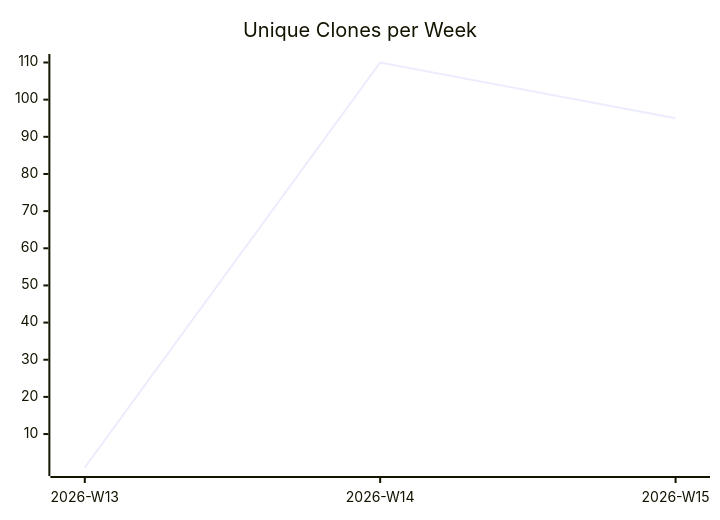
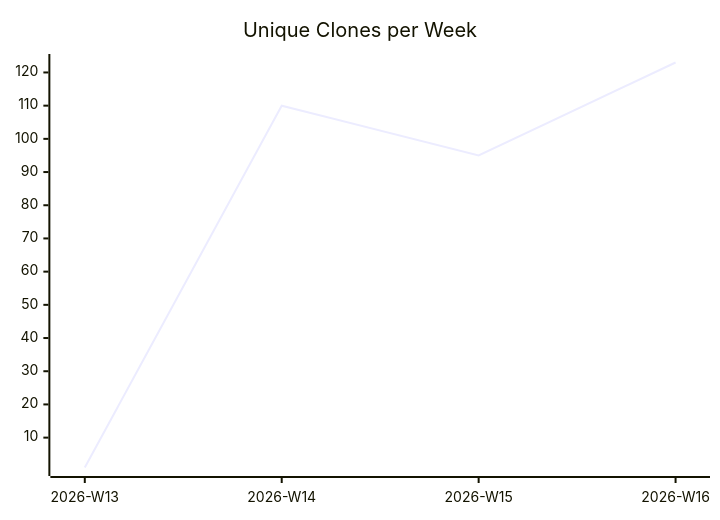
One commit to justdavis-family/github-analytics-data changed the third of 3 diagrams in justdavis-family/justdavis/README.md. Above: the diagram before and after it, drawn with Mermaid. The commit also changed other lines of this file and 173 other files, not shown here.

````diff
--- a/justdavis-family/justdavis/README.md
+++ b/justdavis-family/justdavis/README.md
@@ -19,6 +19,6 @@
 ```mermaid
 xychart-beta
   title "Unique Clones per Week"
-  x-axis ["2026-W13", "2026-W14", "2026-W15"]
-  line [1, 110, 95]
+  x-axis ["2026-W13", "2026-W14", "2026-W15", "2026-W16"]
+  line [1, 110, 95, 123]
 ```
````
